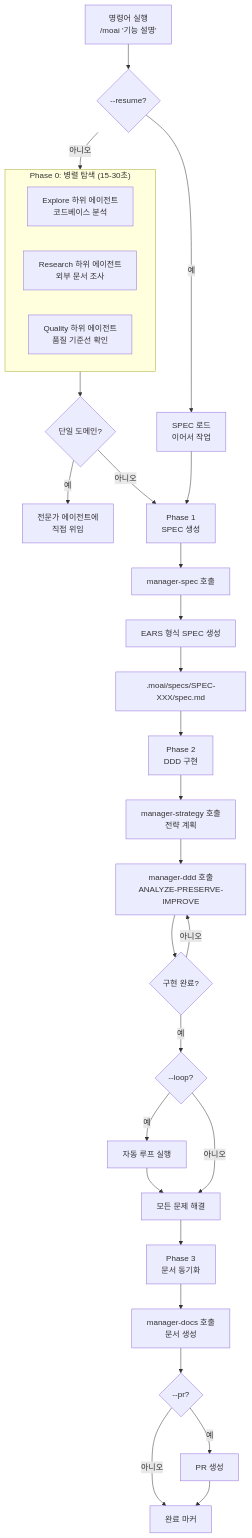
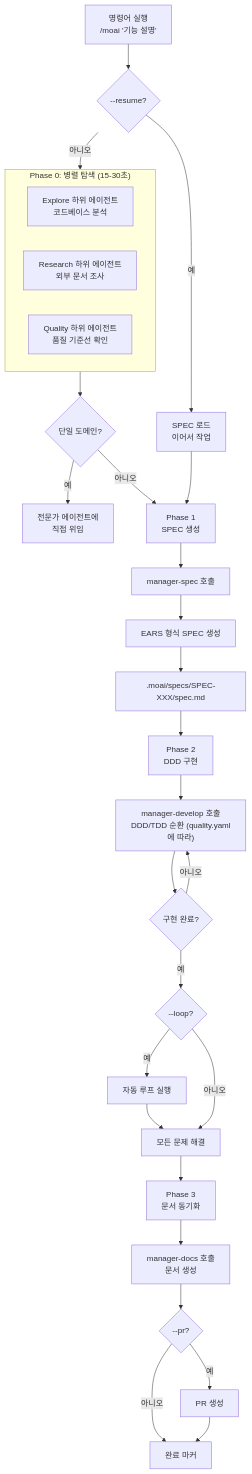
One commit to modu-ai/moai-adk changed the diagram in docs-site/content/ko/utility-commands/moai.md. Above: the diagram before and after it, drawn with Mermaid. The commit also changed other lines of this file and 153 other files, not shown here.

````diff
--- a/docs-site/content/ko/utility-commands/moai.md
+++ b/docs-site/content/ko/utility-commands/moai.md
@@ -158,41 +158,40 @@
 ```mermaid
 flowchart TD
     A["명령어 실행<br/>/moai '기능 설명'"] --> B{--resume?}
     B -->|예| C["SPEC 로드<br/>이어서 작업"]
     B -->|아니오| D["Phase 0<br/>병렬 탐색"]
 
     subgraph D["Phase 0: 병렬 탐색 (15-30초)"]
         D1["Explore 하위 에이전트<br/>코드베이스 분석"]
         D2["Research 하위 에이전트<br/>외부 문서 조사"]
         D3["Quality 하위 에이전트<br/>품질 기준선 확인"]
     end
 
     D --> E{"단일 도메인?"}
     E -->|예| F["전문가 에이전트에<br/>직접 위임"]
     E -->|아니오| G["Phase 1 계속"]
 
     C --> G["Phase 1<br/>SPEC 생성"]
     G --> H["manager-spec 호출"]
     H --> I["EARS 형식 SPEC 생성"]
     I --> J[".moai/specs/SPEC-XXX/spec.md"]
 
     J --> K["Phase 2<br/>DDD 구현"]
 
-    K --> L["manager-strategy 호출<br/>전략 계획"]
-    L --> M["manager-ddd 호출<br/>ANALYZE-PRESERVE-IMPROVE"]
-    M --> N{"구현 완료?"}
-    N -->|아니오| M
-    N -->|예| O{"--loop?"}
+    K --> L["manager-develop 호출<br/>DDD/TDD 순환 (quality.yaml에 따라)"]
+    L --> M{"구현 완료?"}
+    M -->|아니오| L
+    M -->|예| N{"--loop?"}
 
-    O -->|예| P["자동 루프 실행"]
-    P --> Q["모든 문제 해결"]
-    O -->|아니오| Q
+    N -->|예| O["자동 루프 실행"]
+    O --> P["모든 문제 해결"]
+    N -->|아니오| P
 
-    Q --> R["Phase 3<br/>문서 동기화"]
+    P --> Q["Phase 3<br/>문서 동기화"]
 
-    R --> S["manager-docs 호출<br/>문서 생성"]
-    S --> T{"--pr?"}
-    T -->|예| U["PR 생성"]
-    T -->|아니오| V["완료 마커"]
-    U --> V
+    Q --> R["manager-docs 호출<br/>문서 생성"]
+    R --> S{"--pr?"}
+    S -->|예| T["PR 생성"]
+    S -->|아니오| U["완료 마커"]
+    T --> U
 ```
````
